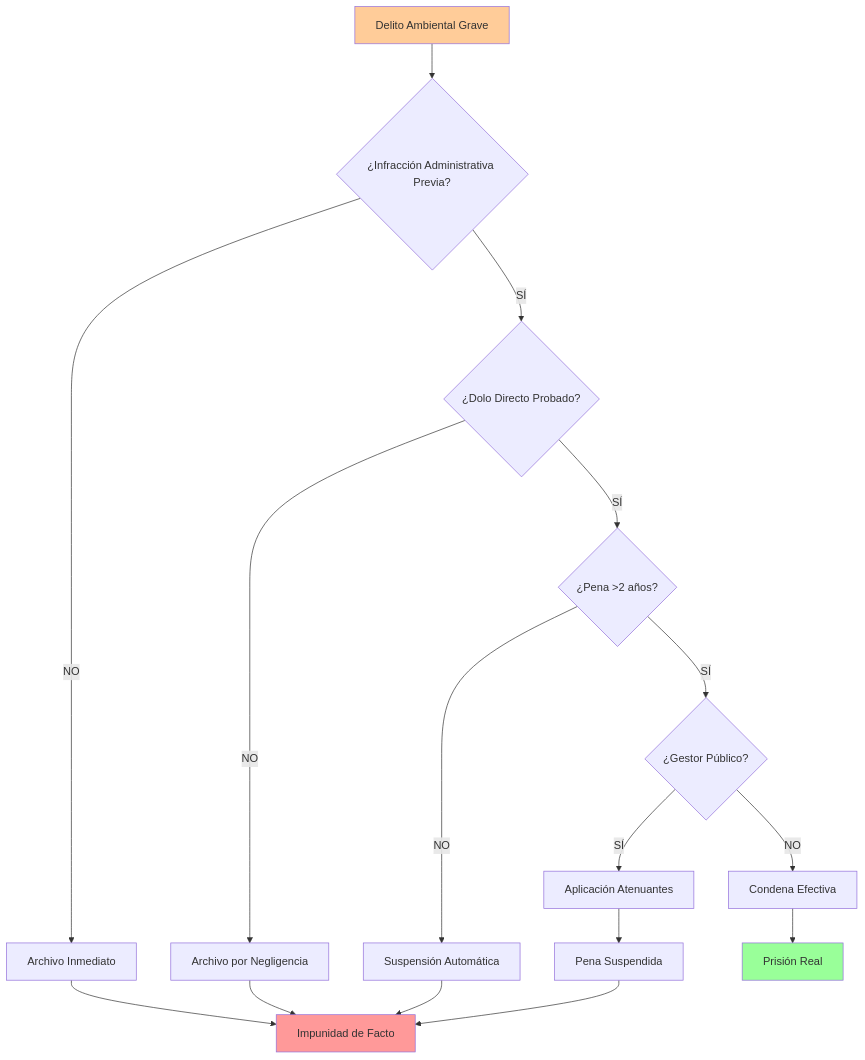
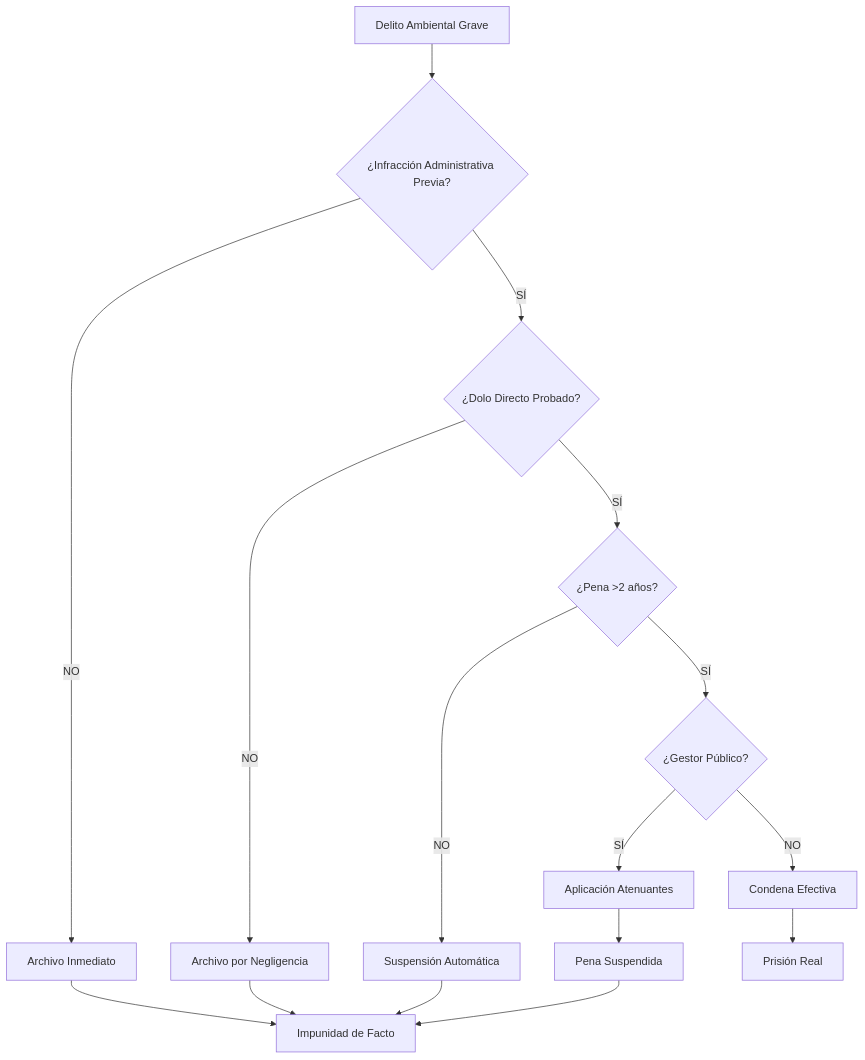
One commit to perpetuocambio/annotations changed the first of 9 diagrams in politica/medioambiente/crisis-incendios-forestales-analisis-exhaustivo-2025.md. Above: the diagram before and after it, drawn with Mermaid. The commit also changed other lines of this file, not shown here.

````diff
--- a/politica/medioambiente/crisis-incendios-forestales-analisis-exhaustivo-2025.md
+++ b/politica/medioambiente/crisis-incendios-forestales-analisis-exhaustivo-2025.md
@@ -400,22 +400,18 @@
 ```mermaid
 flowchart TD
     A[Delito Ambiental Grave] --> B{¿Infracción Administrativa Previa?}
     B -->|NO| C[Archivo Inmediato]
     B -->|SÍ| D{¿Dolo Directo Probado?}
     D -->|NO| E[Archivo por Negligencia]
     D -->|SÍ| F{¿Pena >2 años?}
     F -->|NO| G[Suspensión Automática]
     F -->|SÍ| H{¿Gestor Público?}
     H -->|SÍ| I[Aplicación Atenuantes]
     H -->|NO| J[Condena Efectiva]
     I --> K[Pena Suspendida]
     G --> L[Impunidad de Facto]
     K --> L
     C --> L
     E --> L
     J --> M[Prisión Real]
-    
-    style L fill:#ff9999
-    style M fill:#99ff99
-    style A fill:#ffcc99
 ```
````
